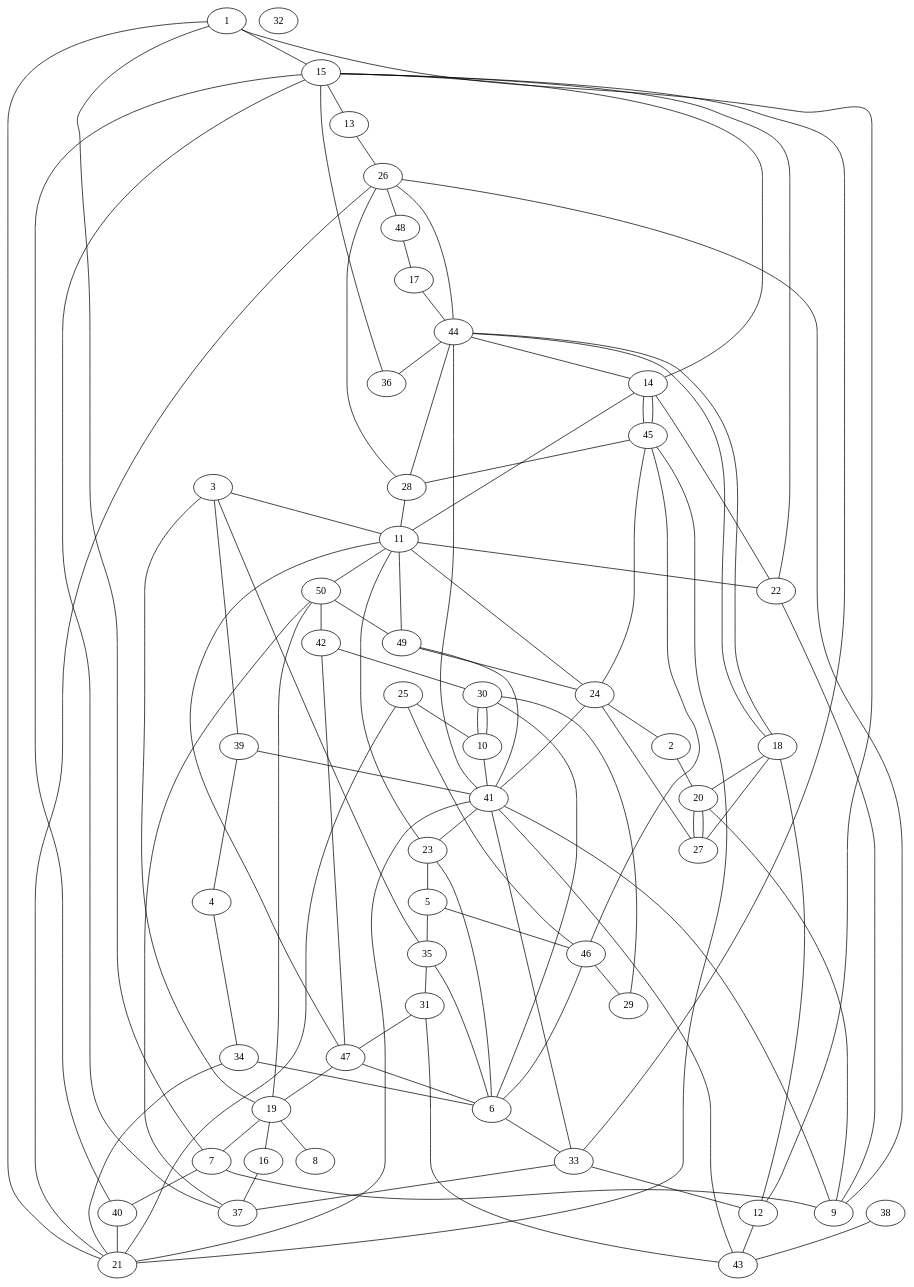
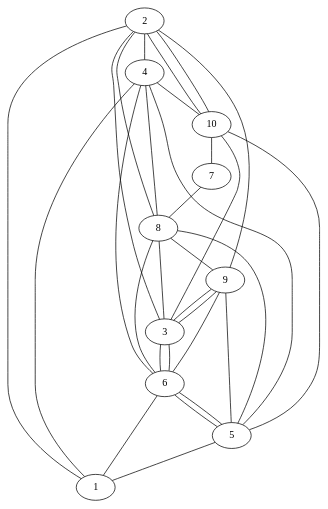
One commit to AltairAG/DAA- changed the diagram in DAlgoritmos/Proyecto/Archivos/ErdosRenyi.gv. Above: the diagram before and after it, drawn with Graphviz. The commit also changed 5 other files, not shown here.

```diff
--- a/DAlgoritmos/Proyecto/Archivos/ErdosRenyi.gv
+++ b/DAlgoritmos/Proyecto/Archivos/ErdosRenyi.gv
@@ -1,157 +1,42 @@
 graph G {
 1;
 2;
 3;
 4;
 5;
 6;
 7;
 8;
 9;
 10;
-11;
-12;
-13;
-14;
-15;
-16;
-17;
-18;
-19;
-20;
-21;
-22;
-23;
-24;
-25;
-26;
-27;
-28;
-29;
-30;
-31;
-32;
-33;
-34;
-35;
-36;
-37;
-38;
-39;
-40;
-41;
-42;
-43;
-44;
-45;
-46;
-47;
-48;
-49;
-50;
-26 -- 21;
-19 -- 8;
-22 -- 9;
-44 -- 36;
-20 -- 27;
-3 -- 19;
-12 -- 43;
-17 -- 44;
-31 -- 43;
-44 -- 14;
-41 -- 23;
-46 -- 29;
-11 -- 14;
-41 -- 21;
-18 -- 44;
-10 -- 41;
-30 -- 29;
-18 -- 12;
-39 -- 41;
-7 -- 1;
-25 -- 21;
-14 -- 22;
-42 -- 30;
-47 -- 42;
-40 -- 15;
-24 -- 2;
-18 -- 20;
-19 -- 7;
-40 -- 21;
-19 -- 16;
-3 -- 11;
-47 -- 11;
-3 -- 39;
-7 -- 40;
-11 -- 50;
-15 -- 13;
-15 -- 14;
-44 -- 18;
-5 -- 46;
-11 -- 22;
-35 -- 31;
-5 -- 35;
-46 -- 6;
-11 -- 24;
-6 -- 33;
-33 -- 15;
-9 -- 26;
-22 -- 15;
-23 -- 5;
-41 -- 43;
-3 -- 35;
-45 -- 28;
-15 -- 36;
-39 -- 4;
-7 -- 9;
-20 -- 9;
-13 -- 26;
-34 -- 6;
-25 -- 46;
-50 -- 42;
-34 -- 21;
-46 -- 45;
-10 -- 30;
-38 -- 43;
-41 -- 33;
-47 -- 19;
-48 -- 17;
-27 -- 20;
-28 -- 26;
-37 -- 50;
-31 -- 47;
-44 -- 28;
-49 -- 24;
-30 -- 10;
-47 -- 6;
-1 -- 15;
-12 -- 1;
-2 -- 20;
-6 -- 30;
-18 -- 27;
-23 -- 11;
-41 -- 9;
-45 -- 21;
-50 -- 19;
-45 -- 14;
-49 -- 11;
-27 -- 24;
-14 -- 45;
-25 -- 10;
-37 -- 15;
-24 -- 41;
-45 -- 24;
-44 -- 41;
-50 -- 49;
-28 -- 11;
-21 -- 1;
-35 -- 6;
-26 -- 44;
-33 -- 12;
-49 -- 41;
-4 -- 34;
-33 -- 37;
-16 -- 37;
-23 -- 6;
-26 -- 48;
+2 -- 10;
+5 -- 1;
+6 -- 5;
+3 -- 6;
+10 -- 7;
+5 -- 6;
+4 -- 1;
+4 -- 10;
+9 -- 2;
+8 -- 2;
+8 -- 6;
+5 -- 9;
+6 -- 4;
+3 -- 2;
+2 -- 4;
+5 -- 4;
+5 -- 10;
+2 -- 1;
+8 -- 9;
+10 -- 2;
+10 -- 3;
+8 -- 4;
+6 -- 1;
+8 -- 5;
+6 -- 3;
+6 -- 9;
+3 -- 9;
+7 -- 8;
+9 -- 3;
+3 -- 8;
 }
```
